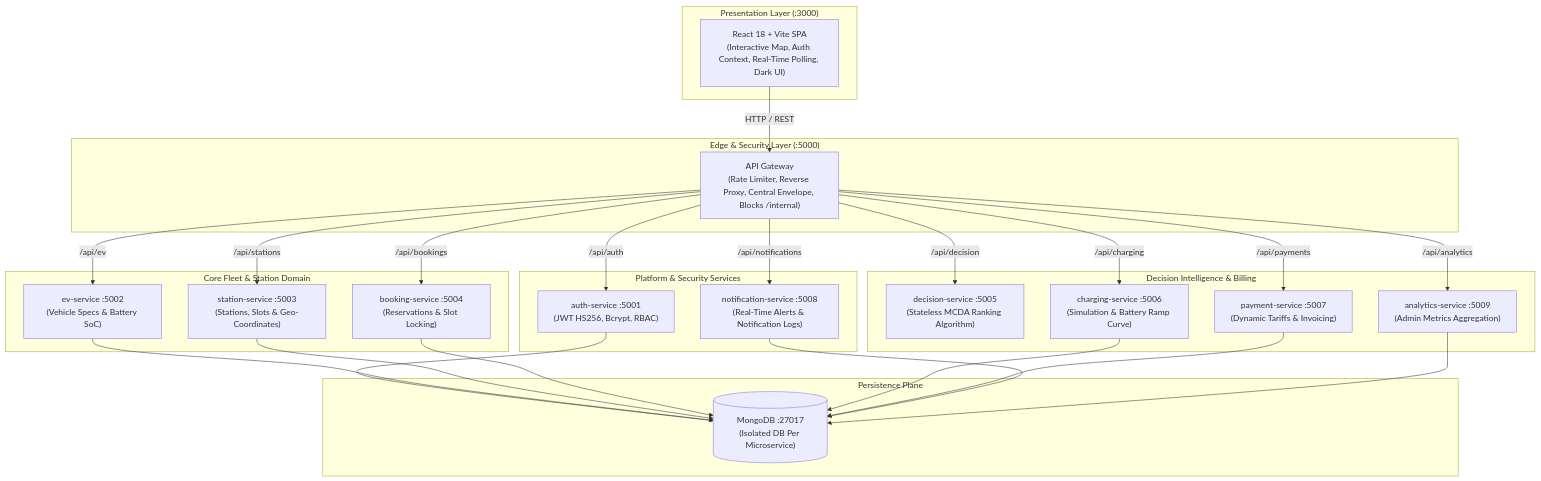
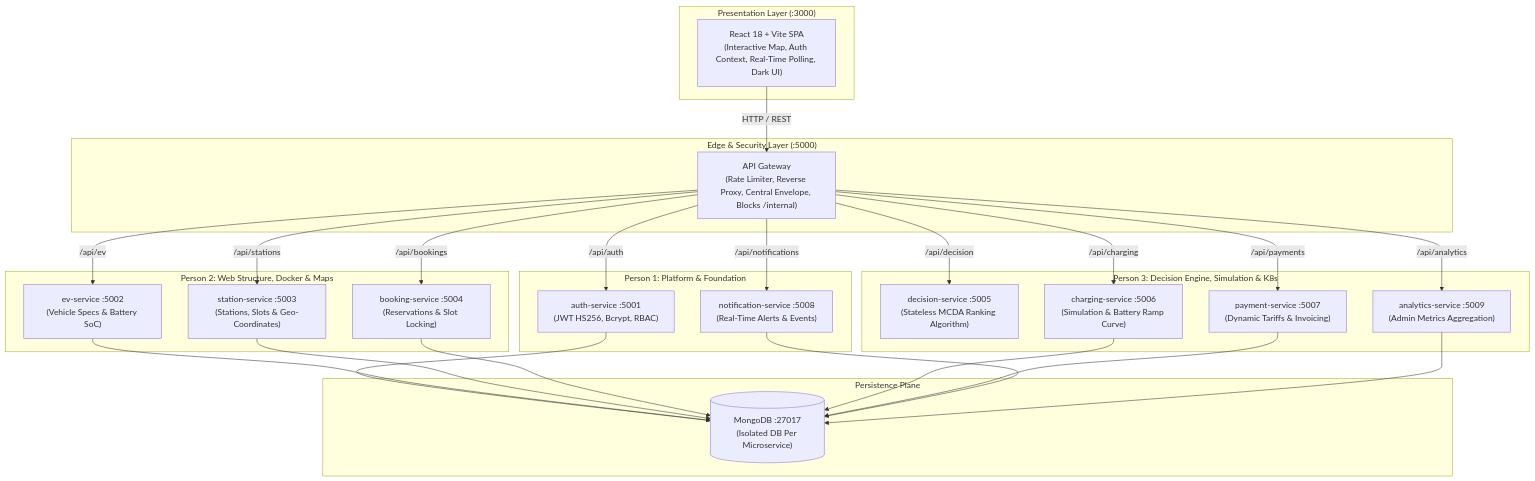
The diagram in README.md (classaxar/Autonomous-EV-Charging-System), drawn with Mermaid before and after one commit. The commit also changed other lines of this file and 6 other files, not shown here.

````diff
--- a/README.md
+++ b/README.md
@@ -33,45 +42,45 @@
 ```mermaid
 flowchart TB
     subgraph Clients["Presentation Layer (:3000)"]
         UI["React 18 + Vite SPA\n(Interactive Map, Auth Context, Real-Time Polling, Dark UI)"]
     end
 
     subgraph Edge["Edge & Security Layer (:5000)"]
         GW["API Gateway\n(Rate Limiter, Reverse Proxy, Central Envelope, Blocks /internal)"]
     end
 
-    subgraph Platform["Platform & Security Services"]
+    subgraph Platform["Person 1: Platform & Foundation"]
         AUTH["auth-service :5001\n(JWT HS256, Bcrypt, RBAC)"]
-        NOTIF["notification-service :5008\n(Real-Time Alerts & Notification Logs)"]
+        NOTIF["notification-service :5008\n(Real-Time Alerts & Events)"]
     end
 
-    subgraph CoreDomain["Core Fleet & Station Domain"]
+    subgraph CoreDomain["Person 2: Web Structure, Docker & Maps"]
         EV["ev-service :5002\n(Vehicle Specs & Battery SoC)"]
         STATION["station-service :5003\n(Stations, Slots & Geo-Coordinates)"]
         BOOKING["booking-service :5004\n(Reservations & Slot Locking)"]
     end
 
-    subgraph Intelligence["Decision Intelligence & Billing"]
+    subgraph Intelligence["Person 3: Decision Engine, Simulation & K8s"]
         DECISION["decision-service :5005\n(Stateless MCDA Ranking Algorithm)"]
         CHARGING["charging-service :5006\n(Simulation & Battery Ramp Curve)"]
         PAYMENT["payment-service :5007\n(Dynamic Tariffs & Invoicing)"]
         ANALYTICS["analytics-service :5009\n(Admin Metrics Aggregation)"]
     end
 
     subgraph Storage["Persistence Plane"]
         DB[("MongoDB :27017\n(Isolated DB Per Microservice)")]
     end
 
     UI -->|HTTP / REST| GW
     GW -->|/api/auth| AUTH
     GW -->|/api/ev| EV
     GW -->|/api/stations| STATION
     GW -->|/api/bookings| BOOKING
     GW -->|/api/decision| DECISION
     GW -->|/api/charging| CHARGING
     GW -->|/api/payments| PAYMENT
     GW -->|/api/notifications| NOTIF
     GW -->|/api/analytics| ANALYTICS
 
     AUTH & EV & STATION & BOOKING & CHARGING & PAYMENT & NOTIF & ANALYTICS --> DB
 ```
````
